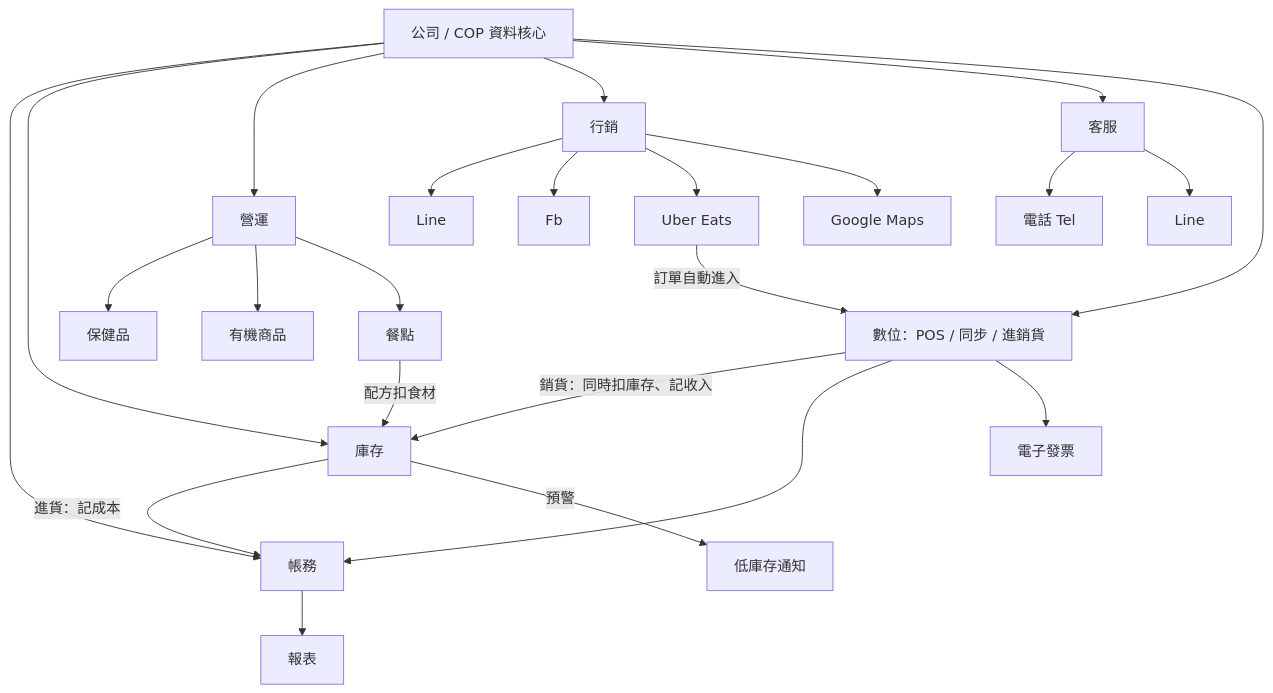
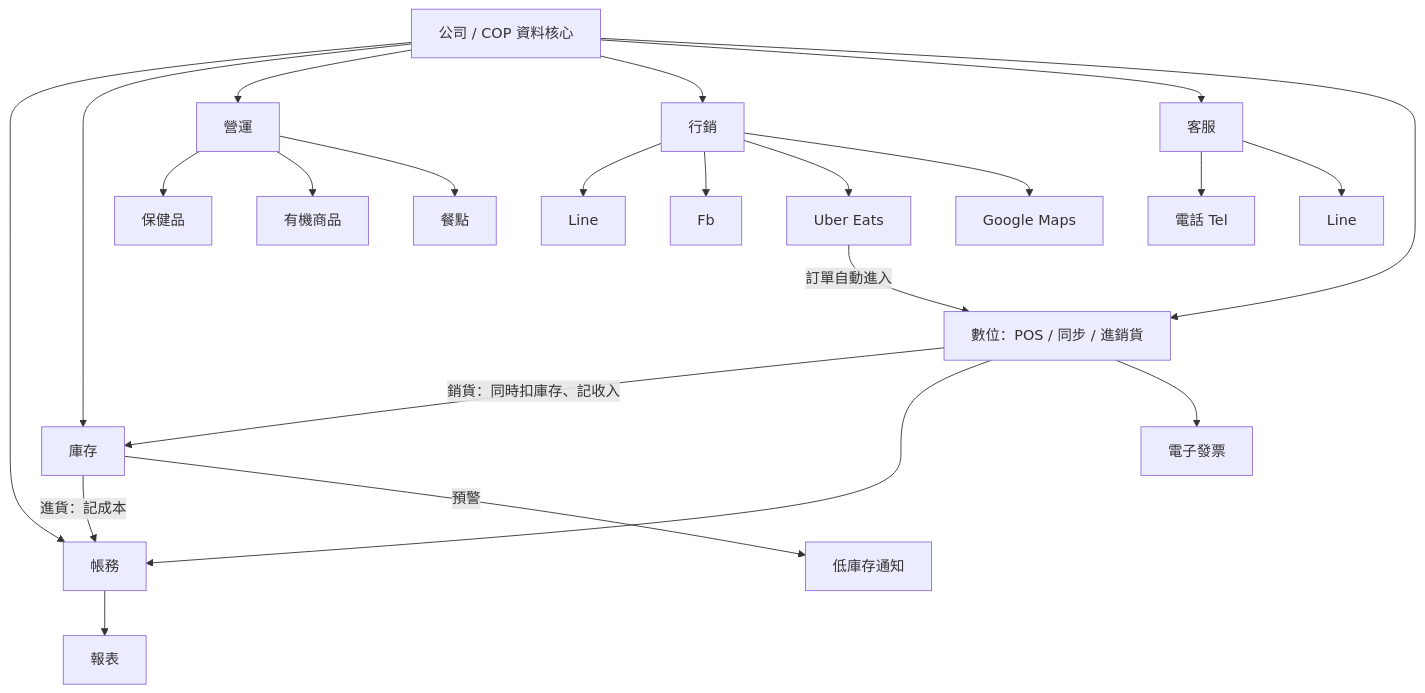
One commit to eemily1234/inspogen changed the diagram in docs/ops-system-design.md. Above: the diagram before and after it, drawn with Mermaid. The commit also changed other lines of this file and 7 other files, not shown here.

````diff
--- a/docs/ops-system-design.md
+++ b/docs/ops-system-design.md
@@ -24,29 +25,28 @@
 ```mermaid
 flowchart TB
     CO[公司 / COP 資料核心]
     CO --> ACC[帳務]
     CO --> INV[庫存]
     CO --> PRD[營運]
     CO --> MKT[行銷]
     CO --> CS[客服]
     CO --> STORE[數位：POS / 同步 / 進銷貨]
 
     PRD --> P1[保健品]
     PRD --> P2[有機商品]
     PRD --> P3[餐點]
     MKT --> M1[Line]
     MKT --> M2[Fb]
     MKT --> M3[Uber Eats]
     MKT --> M4[Google Maps]
     CS --> C1[電話 Tel]
     CS --> C2[Line]
 
     STORE -- "銷貨：同時扣庫存、記收入" --> INV
     STORE --> ACC
     STORE --> EINV[電子發票]
     M3 -- "訂單自動進入" --> STORE
-    P3 -- "配方扣食材" --> INV
     INV -- "進貨：記成本" --> ACC
     INV -- "預警" --> ALERT[低庫存通知]
     ACC --> RPT[報表]
 ```
````
